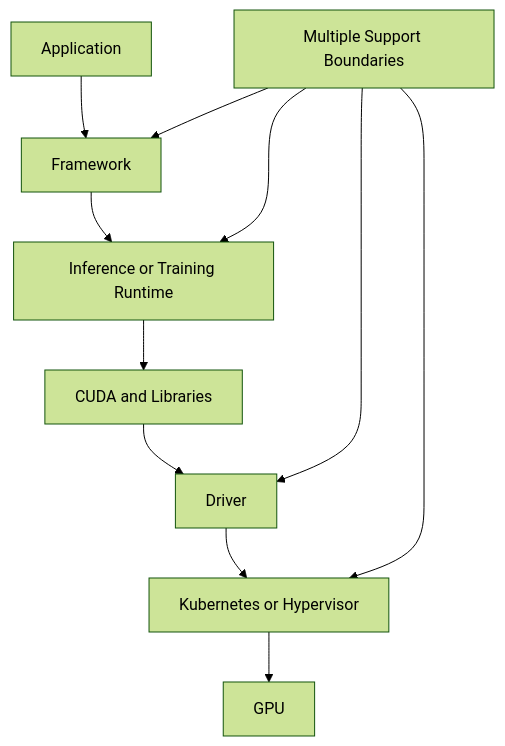
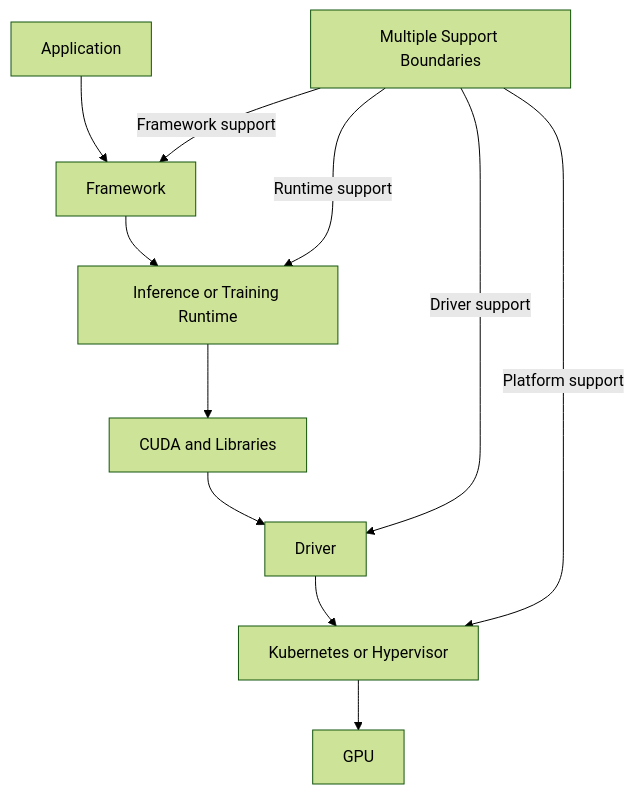
Before and after one commit to jithinpnjm/nvidia-devops: the first of 2 diagrams in docs/nvidia-zero-to-hero/volume-14/chapter-01-why-nvidia-ai-enterprise-exists.md, drawn with Mermaid (forest theme). The commit also changed other lines of this file and 15 other files, not shown here.

First line of the commit message:
docs(volume-14): depth rework - add real evidence, annotated outputs, and mechanism diagrams

````diff
--- a/docs/nvidia-zero-to-hero/volume-14/chapter-01-why-nvidia-ai-enterprise-exists.md
+++ b/docs/nvidia-zero-to-hero/volume-14/chapter-01-why-nvidia-ai-enterprise-exists.md
@@ -20,17 +20,17 @@
 ```mermaid
 flowchart TD
     App[Application]
     Framework[Framework]
     Runtime[Inference or Training Runtime]
     CUDA[CUDA and Libraries]
     Driver[Driver]
     Platform[Kubernetes or Hypervisor]
     GPU[GPU]
     Vendors[Multiple Support Boundaries]
 
     App --> Framework --> Runtime --> CUDA --> Driver --> Platform --> GPU
-    Vendors --> Framework
-    Vendors --> Runtime
-    Vendors --> Driver
-    Vendors --> Platform
+    Vendors -->|Framework support| Framework
+    Vendors -->|Runtime support| Runtime
+    Vendors -->|Driver support| Driver
+    Vendors -->|Platform support| Platform
 ```
````
